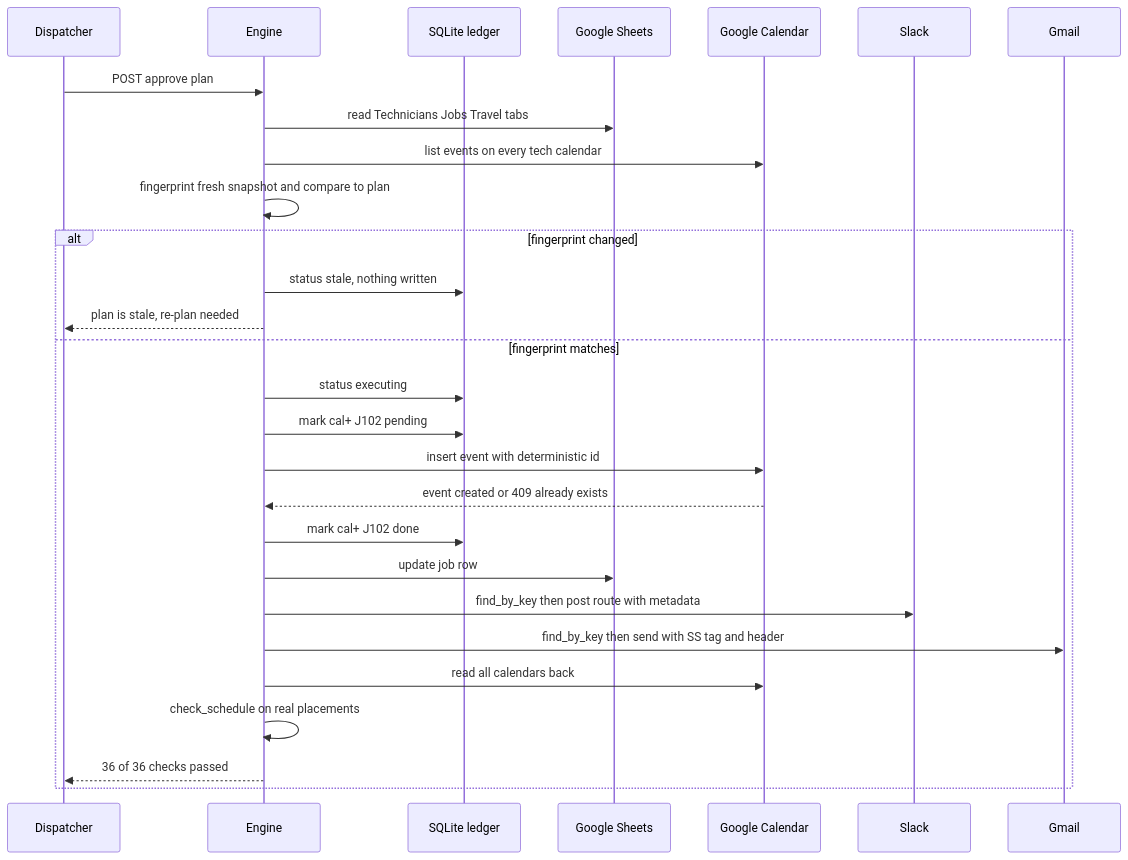
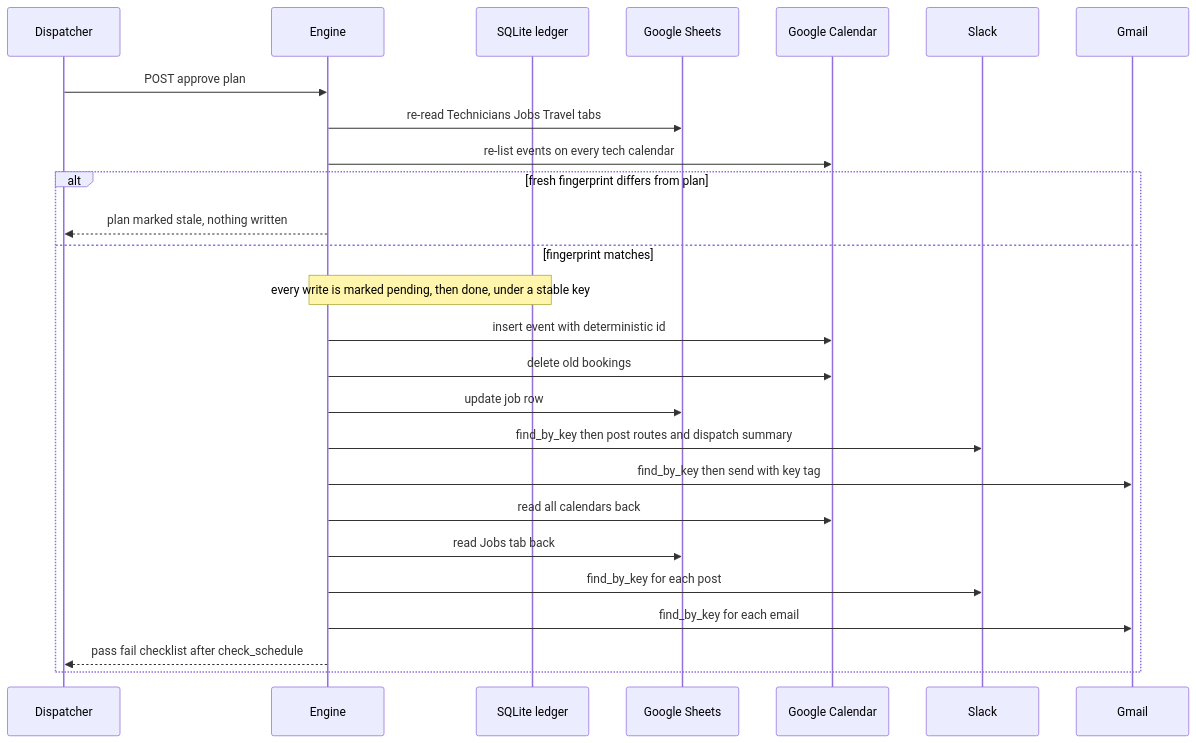
The diagram in content/diagrams/second-shift-multi-app-dispatch-agent-flow.mmd (anirxdh/portfolio), drawn with Mermaid before and after one commit. The commit also changed 77 other files, not shown here.

```diff
--- a/content/diagrams/second-shift-multi-app-dispatch-agent-flow.mmd
+++ b/content/diagrams/second-shift-multi-app-dispatch-agent-flow.mmd
@@ -1,28 +1,26 @@
 sequenceDiagram
   participant D as Dispatcher
   participant E as Engine
   participant L as SQLite ledger
   participant H as Google Sheets
   participant C as Google Calendar
   participant S as Slack
   participant G as Gmail
   D->>E: POST approve plan
-  E->>H: read Technicians Jobs Travel tabs
-  E->>C: list events on every tech calendar
-  E->>E: fingerprint fresh snapshot and compare to plan
-  alt fingerprint changed
-    E->>L: status stale, nothing written
-    E-->>D: plan is stale, re-plan needed
+  E->>H: re-read Technicians Jobs Travel tabs
+  E->>C: re-list events on every tech calendar
+  alt fresh fingerprint differs from plan
+    E-->>D: plan marked stale, nothing written
   else fingerprint matches
-    E->>L: status executing
-    E->>L: mark cal+ J102 pending
+    Note over E,L: every write is marked pending, then done, under a stable key
     E->>C: insert event with deterministic id
-    C-->>E: event created or 409 already exists
-    E->>L: mark cal+ J102 done
+    E->>C: delete old bookings
     E->>H: update job row
-    E->>S: find_by_key then post route with metadata
-    E->>G: find_by_key then send with SS tag and header
+    E->>S: find_by_key then post routes and dispatch summary
+    E->>G: find_by_key then send with key tag
     E->>C: read all calendars back
-    E->>E: check_schedule on real placements
-    E-->>D: 36 of 36 checks passed
+    E->>H: read Jobs tab back
+    E->>S: find_by_key for each post
+    E->>G: find_by_key for each email
+    E-->>D: pass fail checklist after check_schedule
   end
```
